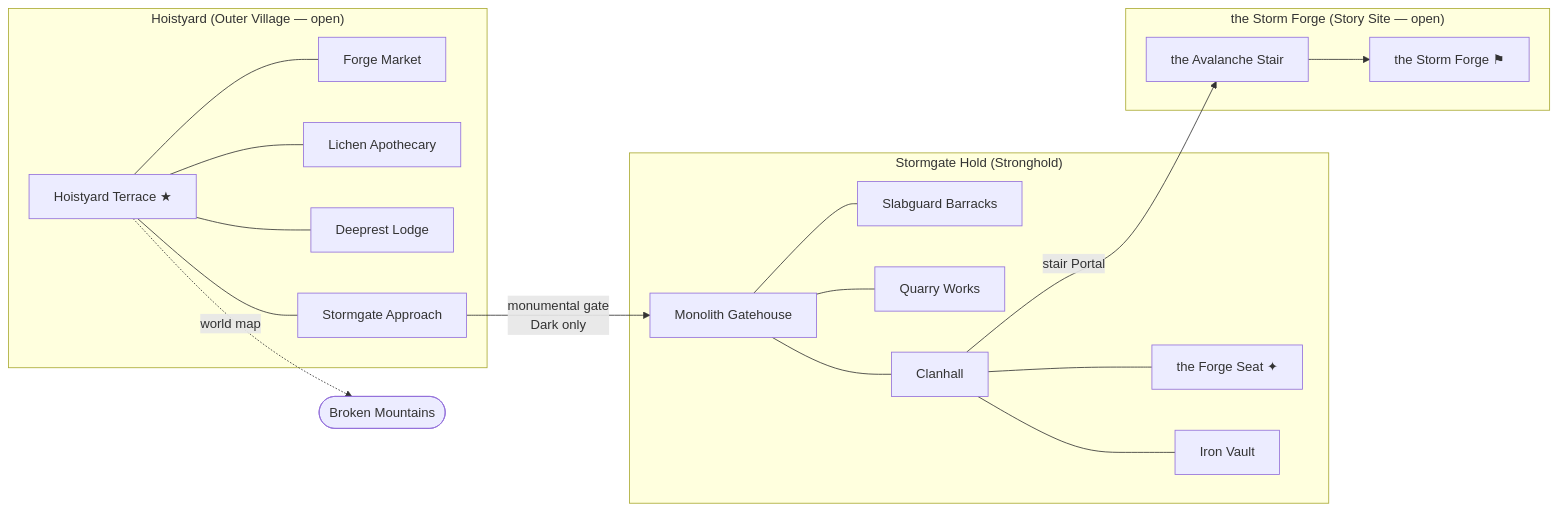
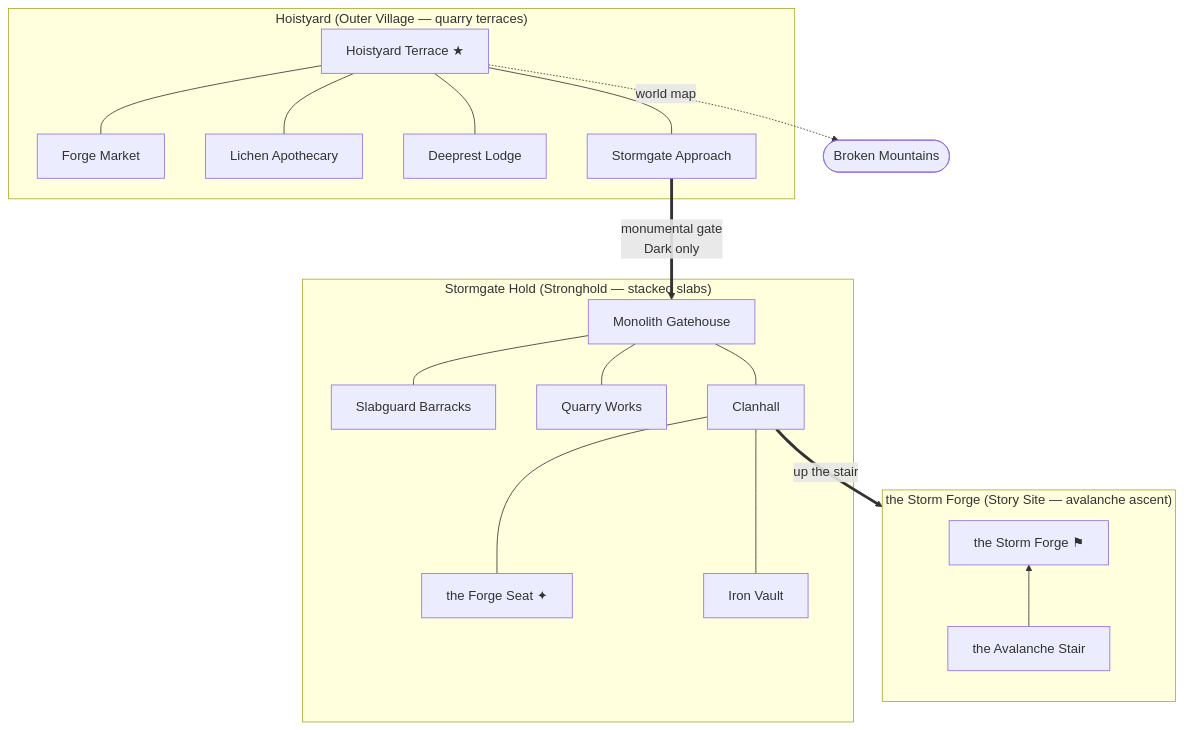
The fifth of 8 diagrams in docs/design/0014-hometown-maps.md (DibranMulder/2D-platform-game), drawn with Mermaid before and after one commit. The commit also changed other lines of this file, not shown here.

First line of the commit message:
Reshape home-town portal graphs to their terrain (DESIGN-0014)

````diff
--- a/docs/design/0014-hometown-maps.md
+++ b/docs/design/0014-hometown-maps.md
@@ -461,22 +486,23 @@
 ```mermaid
-flowchart LR
-    subgraph V["Hoistyard (Outer Village — open)"]
+flowchart TB
+    subgraph T["the Storm Forge (Story Site — avalanche ascent)"]
+        direction BT
+        AVS[the Avalanche Stair] --> SF[the Storm Forge ⚑]
+    end
+    subgraph S["Stormgate Hold (Stronghold — stacked slabs)"]
+        MG[Monolith Gatehouse] --- SLB[Slabguard Barracks]
+        MG --- QW[Quarry Works]
+        MG --- CH[Clanhall]
+        CH --- FS[the Forge Seat ✦]
+        CH --- IV[Iron Vault]
+    end
+    subgraph V["Hoistyard (Outer Village — quarry terraces)"]
         HT[Hoistyard Terrace ★] --- FM[Forge Market]
         HT --- LA[Lichen Apothecary]
         HT --- DL[Deeprest Lodge]
         HT --- SA[Stormgate Approach]
     end
-    SA -->|monumental gate<br/>Dark only| MG[Monolith Gatehouse]
-    subgraph S["Stormgate Hold (Stronghold)"]
-        MG --- SLB[Slabguard Barracks]
-        MG --- QW[Quarry Works]
-        MG --- CH[Clanhall]
-        CH --- FS[the Forge Seat ✦]
-        CH --- IV[Iron Vault]
-    end
-    CH -->|stair Portal| AVS
-    subgraph T["the Storm Forge (Story Site — open)"]
-        AVS[the Avalanche Stair] --> SF[the Storm Forge ⚑]
-    end
+    SA ==>|monumental gate<br/>Dark only| MG
+    CH ==>|up the stair| AVS
     HT -.world map.-> W([Broken Mountains])
 ```
````
